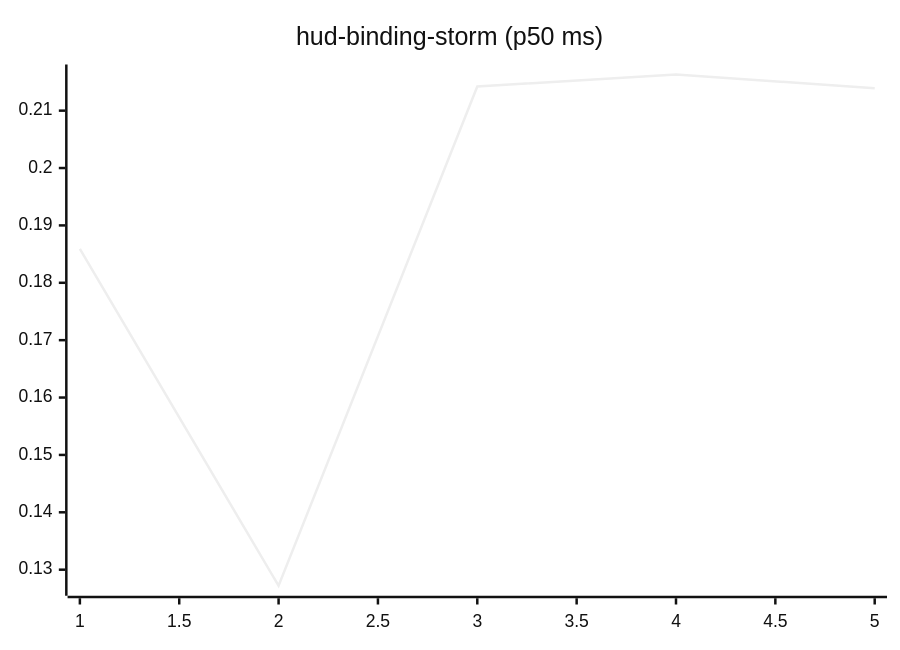
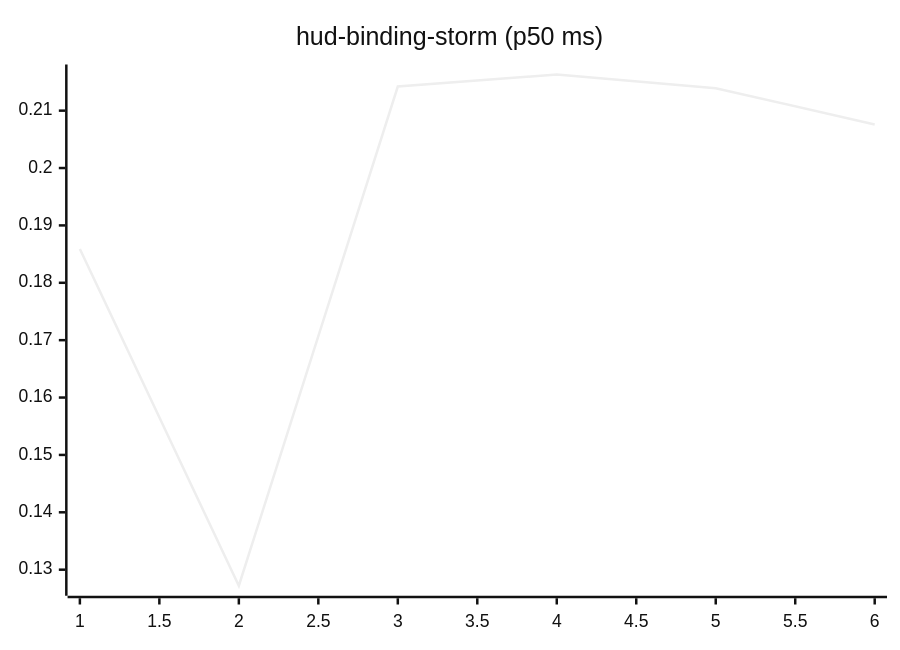
The tenth of 27 diagrams in README.md (josha/Facet), drawn with Mermaid (neutral theme) before and after one commit. The commit also changed other lines of this file and 2 other files, not shown here.

````diff
--- a/README.md
+++ b/README.md
@@ -126,6 +126,6 @@
 ```mermaid
 xychart-beta
     title "hud-binding-storm (p50 ms)"
-    x-axis 1 --> 5
-    line [0.1859, 0.1272, 0.2142, 0.2163, 0.2139]
+    x-axis 1 --> 6
+    line [0.1859, 0.1272, 0.2142, 0.2163, 0.2139, 0.2076]
 ```
````
